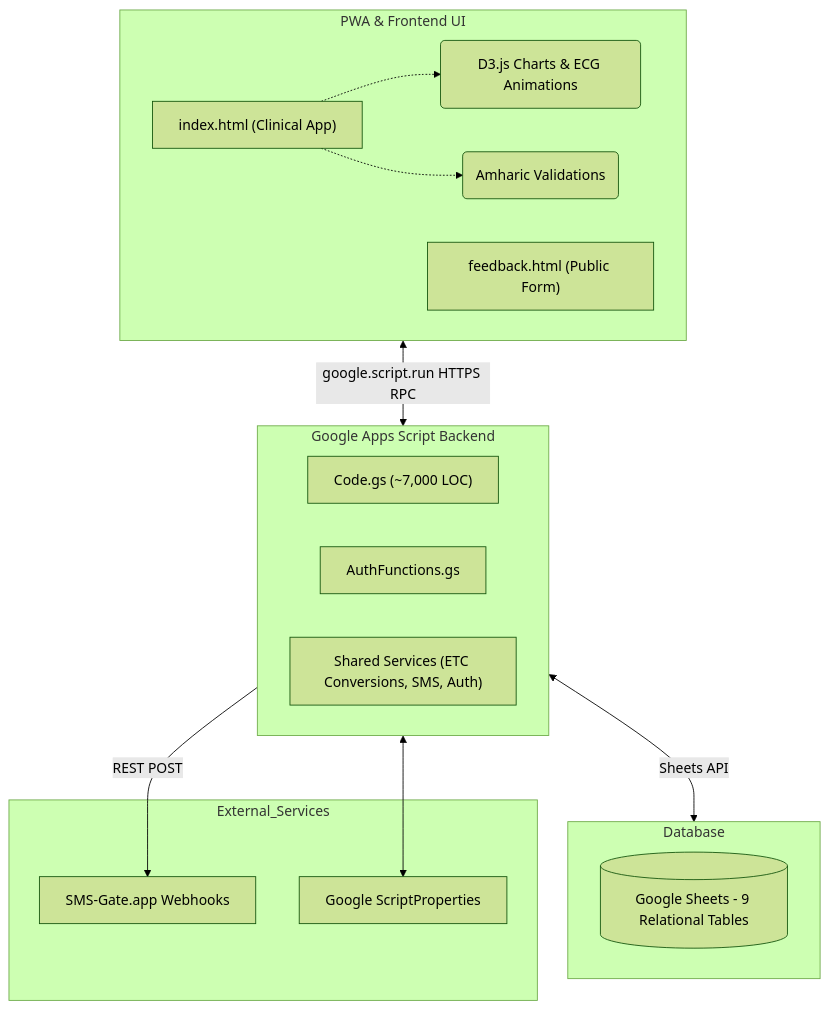
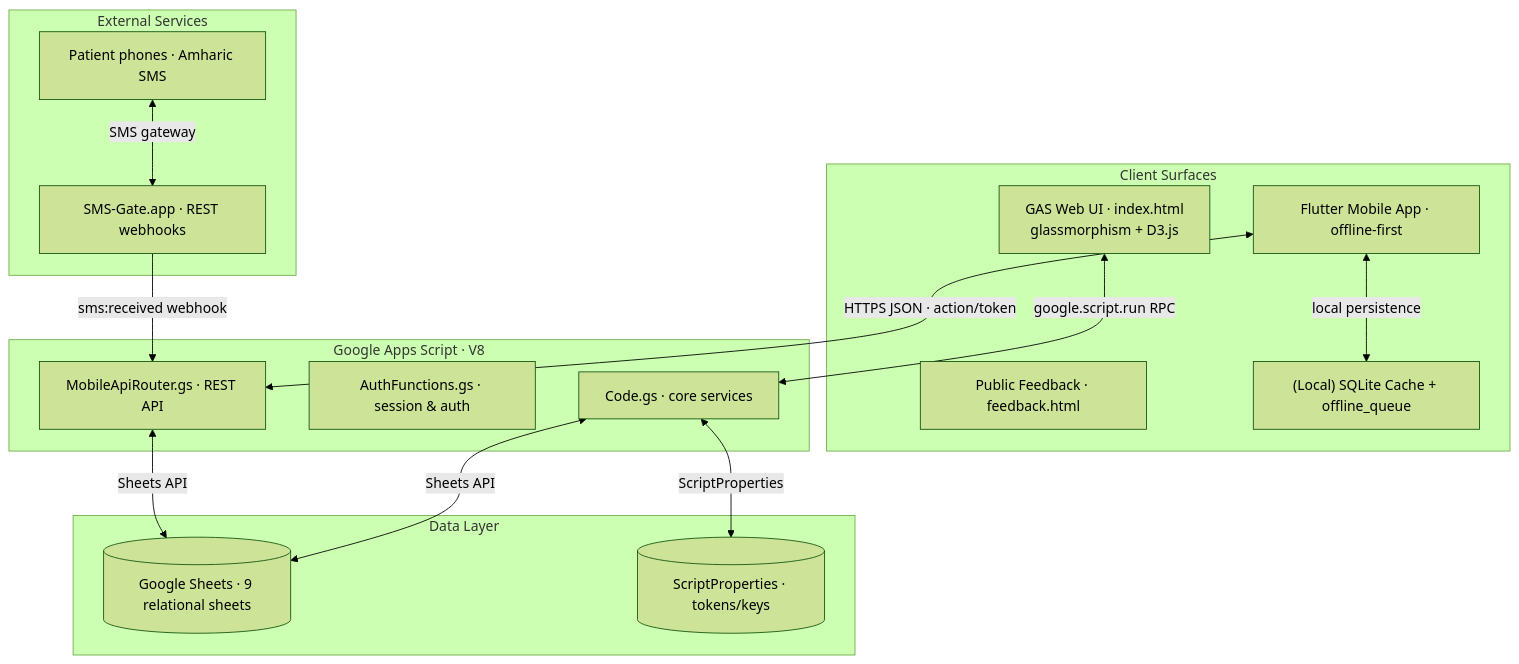
One commit to ThessalK/NARTS-Documentation changed the diagram in docs/01_system_architecture.md. Above: the diagram before and after it, drawn with Mermaid (forest theme). The commit also changed other lines of this file and 9 other files, not shown here.

Commit message:
docs: sync library to v1.2; Kidus Petros rebrand, architecture v1.2, fix UTF-8 encoding

````diff
--- a/docs/01_system_architecture.md
+++ b/docs/01_system_architecture.md
@@ -20,29 +25,34 @@
 ```mermaid
 graph TD
-    subgraph Presentation_Layer [PWA & Frontend UI]
-        A["index.html (Clinical App)"]
-        B["feedback.html (Public Form)"]
-        A -.-> C(D3.js Charts & ECG Animations)
-        A -.-> D(Amharic Validations)
+    subgraph Clients [Client Surfaces]
+        A["GAS Web UI · index.html<br/>glassmorphism + D3.js"]
+        B["Public Feedback · feedback.html"]
+        C["Flutter Mobile App · offline-first"]
+        D["(Local) SQLite Cache + offline_queue"]
     end
 
-    subgraph App_Layer [Google Apps Script Backend]
-        E["Code.gs (~7,000 LOC)"]
-        F["AuthFunctions.gs"]
-        G["Shared Services (ETC Conversions, SMS, Auth)"]
+    subgraph Backend [Google Apps Script · V8]
+        E["Code.gs · core services"]
+        F["AuthFunctions.gs · session & auth"]
+        G["MobileApiRouter.gs · REST API"]
     end
 
-    subgraph Data_Layer [Database]
-        H[(Google Sheets - 9 Relational Tables)]
-    end
-    
-    subgraph External_Services
-        I[SMS-Gate.app Webhooks]
-        J[Google ScriptProperties]
+    subgraph Storage [Data Layer]
+        H[(Google Sheets · 9 relational sheets)]
+        I[(ScriptProperties · tokens/keys)]
     end
 
-    Presentation_Layer <-->|google.script.run HTTPS RPC| App_Layer
-    App_Layer <-->|Sheets API| Data_Layer
-    App_Layer -->|REST POST| I
-    App_Layer <--> J
+    subgraph External [External Services]
+        J[SMS-Gate.app · REST webhooks]
+        K[Patient phones · Amharic SMS]
+    end
+
+    A <-->|google.script.run RPC| E
+    C <-->|HTTPS JSON · action/token| G
+    C <-->|local persistence| D
+    G <-->|Sheets API| H
+    E <-->|Sheets API| H
+    E <-->|ScriptProperties| I
+    K <-->|SMS gateway| J
+    J -->|sms:received webhook| G
 ```
````
